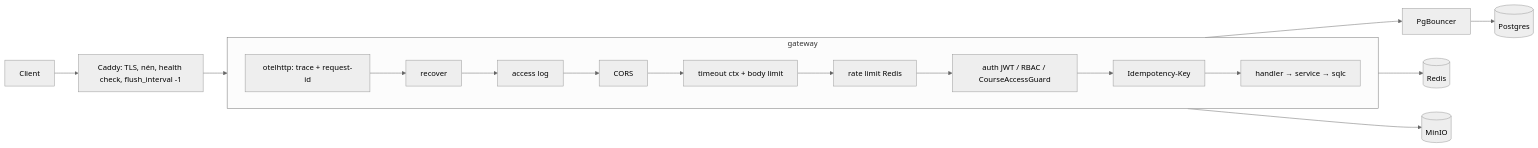
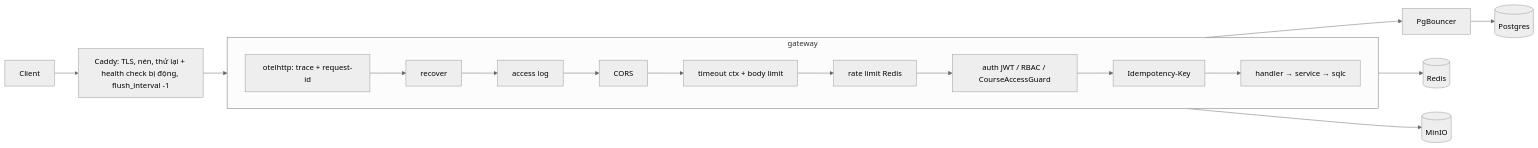
One commit to kagamikuro1024/EduPilot-v2 changed the first of 3 diagrams in docs/specs/FEAT-pg-foundation/SRS.md. Above: the diagram before and after it, drawn with Mermaid (neutral theme). The commit also changed other lines of this file and 2 other files, not shown here.

Commit message:
sprint 2: spec v1.3 health check bị động Caddy (góp ý #3b)

````diff
--- a/docs/specs/FEAT-pg-foundation/SRS.md
+++ b/docs/specs/FEAT-pg-foundation/SRS.md
@@ -38,12 +40,12 @@
 ```mermaid
 flowchart LR
-  C[Client] --> CD[Caddy: TLS, nén, health check, flush_interval -1]
+  C[Client] --> CD[Caddy: TLS, nén, thử lại + health check bị động, flush_interval -1]
   CD --> GW[gateway]
   subgraph GW[gateway]
     direction LR
     M1[otelhttp: trace + request-id] --> M2[recover] --> M3[access log] --> M4[CORS] --> M5[timeout ctx + body limit] --> M6[rate limit Redis] --> M7[auth JWT / RBAC / CourseAccessGuard] --> M8[Idempotency-Key] --> H[handler → service → sqlc]
   end
   H --> PGB[PgBouncer] --> PG[(Postgres)]
   H --> RD[(Redis)]
   H --> OS[(MinIO)]
 ```
````
